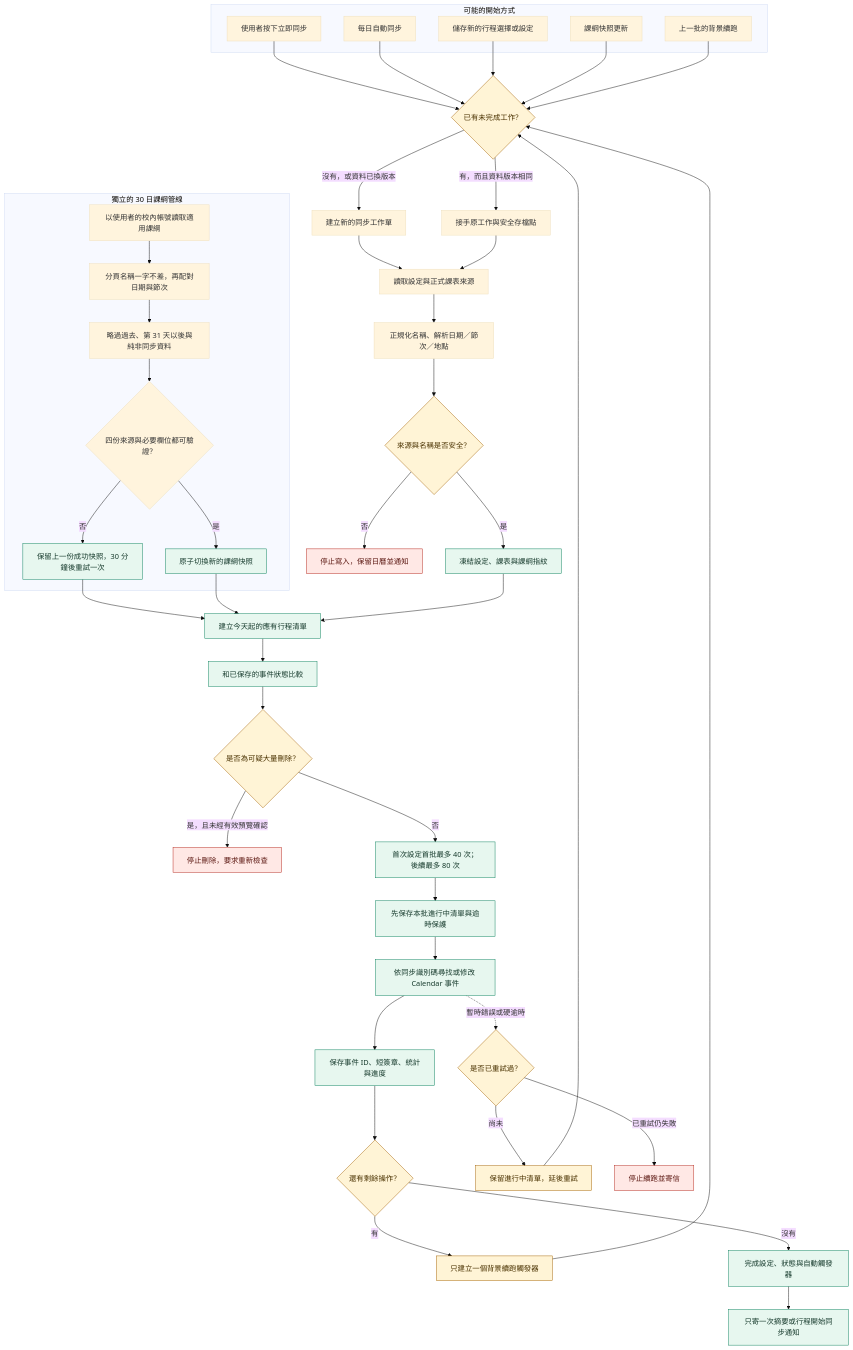
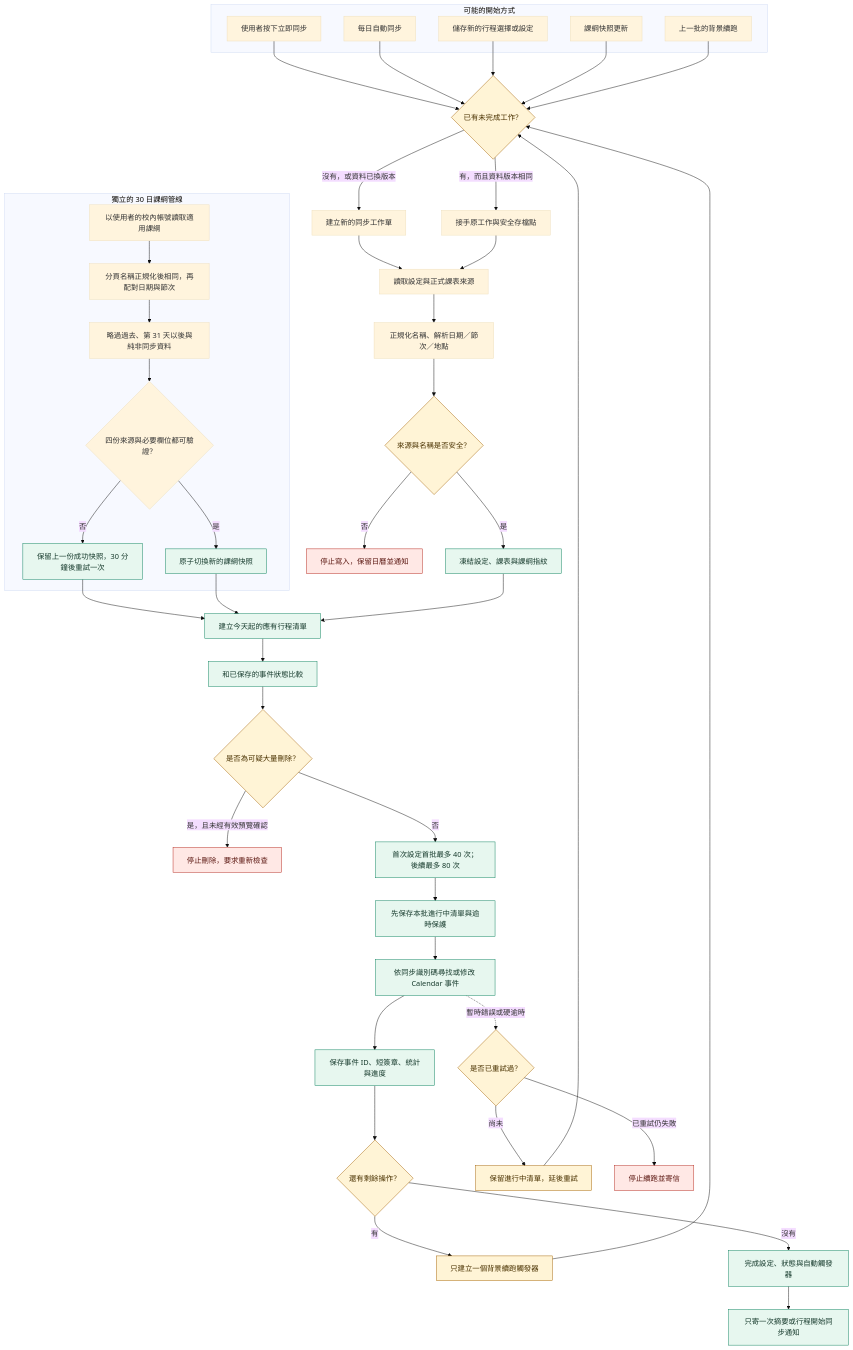
Before and after one commit to artemas-hsieh/t-school-schedule-sync: the diagram in SYNC_MECHANISM.md, drawn with Mermaid (base theme). The commit also changed other lines of this file and 8 other files, not shown here.

````diff
--- a/SYNC_MECHANISM.md
+++ b/SYNC_MECHANISM.md
@@ -35,66 +35,66 @@
 ```mermaid
 flowchart TB
   subgraph Start["可能的開始方式"]
     A1["使用者按下立即同步"]
     A2["每日自動同步"]
     A3["儲存新的行程選擇或設定"]
     A4["課綱快照更新"]
     A5["上一批的背景續跑"]
   end
 
   A1 --> B
   A2 --> B
   A3 --> B
   A4 --> B
   A5 --> B
 
   B{"已有未完成工作？"}
   B -- "有，而且資料版本相同" --> C["接手原工作與安全存檔點"]
   B -- "沒有，或資料已換版本" --> D["建立新的同步工作單"]
 
   D --> E["讀取設定與正式課表來源"]
   C --> E
   E --> F["正規化名稱、解析日期／節次／地點"]
   F --> G{"來源與名稱是否安全？"}
   G -- "否" --> X1["停止寫入，保留日曆並通知"]
   G -- "是" --> H["凍結設定、課表與課綱指紋"]
 
   subgraph Outline["獨立的 30 日課綱管線"]
     O1["以使用者的校內帳號讀取適用課綱"]
-    O2["分頁名稱一字不差，再配對日期與節次"]
+    O2["分頁名稱正規化後相同，再配對日期與節次"]
     O3["略過過去、第 31 天以後與純非同步資料"]
     O4{"四份來源與必要欄位都可驗證？"}
     O4 -- "否" --> O5["保留上一份成功快照，30 分鐘後重試一次"]
     O4 -- "是" --> O6["原子切換新的課綱快照"]
     O1 --> O2 --> O3 --> O4
   end
 
   O5 --> I
   O6 --> I
   H --> I["建立今天起的應有行程清單"]
   I --> J["和已保存的事件狀態比較"]
   J --> K{"是否為可疑大量刪除？"}
   K -- "是，且未經有效預覽確認" --> X2["停止刪除，要求重新檢查"]
   K -- "否" --> L["首次設定首批最多 40 次；後續最多 80 次"]
 
   L --> M["先保存本批進行中清單與逾時保護"]
   M --> N["依同步識別碼尋找或修改 Calendar 事件"]
   N --> O["保存事件 ID、短簽章、統計與進度"]
   O --> P{"還有剩餘操作？"}
   P -- "有" --> Q["只建立一個背景續跑觸發器"]
   Q --> B
   P -- "沒有" --> R["完成設定、狀態與自動觸發器"]
   R --> S["只寄一次摘要或行程開始同步通知"]
 
   N -. "暫時錯誤或硬逾時" .-> T{"是否已重試過？"}
   T -- "尚未" --> U["保留進行中清單，延後重試"]
   U --> B
   T -- "已重試仍失敗" --> X3["停止續跑並寄信"]
 
   classDef safe fill:#e7f7ef,stroke:#087f5b,color:#173b2d;
   classDef caution fill:#fff4d6,stroke:#a46200,color:#4a3200;
   classDef stop fill:#ffe8e5,stroke:#b42318,color:#5b1711;
   class H,I,J,L,M,N,O,R,S,O5,O6 safe;
   class B,G,K,P,T,Q,U caution;
   class X1,X2,X3 stop;
 ```
````
